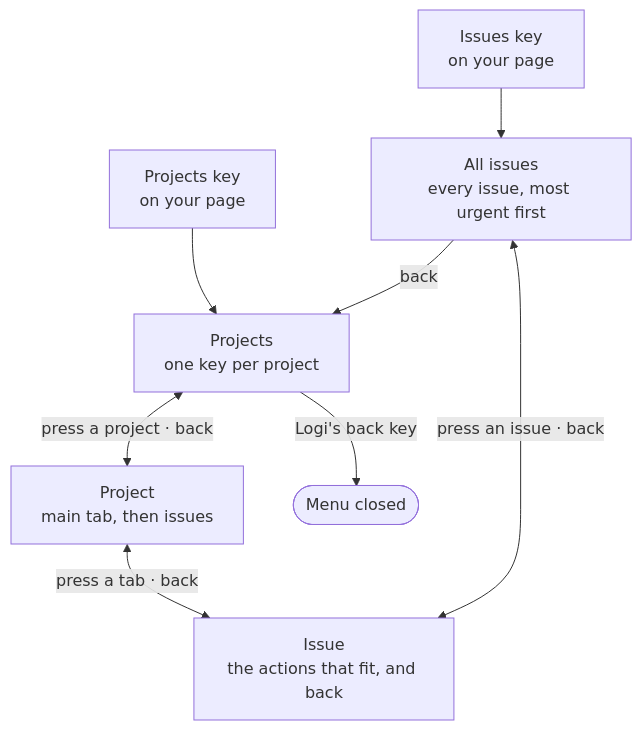
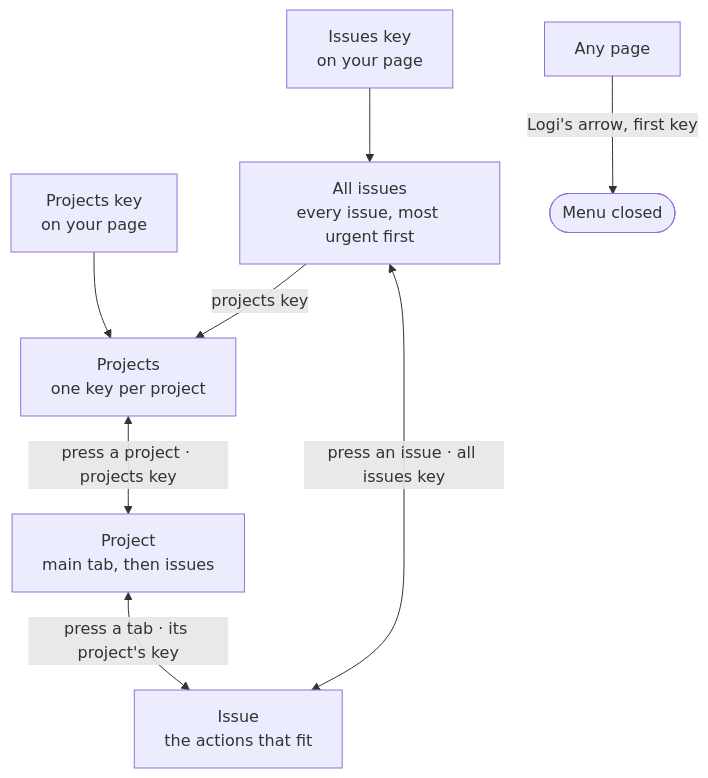
Before and after one commit to PieterLuypaert/helm: the first of 6 diagrams in docs/flows.md, drawn with Mermaid. The commit also changed other lines of this file and 5 other files, not shown here.

Commit message:
docs: Logi's arrow leaves the menu, the last key goes one level up

````diff
--- a/docs/flows.md
+++ b/docs/flows.md
@@ -50,10 +50,10 @@
 ```mermaid
 flowchart TD
     key["Projects key<br/>on your page"] --> projects["Projects<br/>one key per project"]
     allIssues["Issues key<br/>on your page"] --> overview["All issues<br/>every issue, most urgent first"]
-    overview -->|back| projects
-    projects <-->|"press a project · back"| project["Project<br/>main tab, then issues"]
-    overview <-->|"press an issue · back"| issue["Issue<br/>the actions that fit, and back"]
-    project <-->|"press a tab · back"| issue
-    projects -->|"Logi's back key"| closed(["Menu closed"])
+    overview -->|"projects key"| projects
+    projects <-->|"press a project · projects key"| project["Project<br/>main tab, then issues"]
+    overview <-->|"press an issue · all issues key"| issue["Issue<br/>the actions that fit"]
+    project <-->|"press a tab · its project's key"| issue
+    menu["Any page"] -->|"Logi's arrow, first key"| closed(["Menu closed"])
 ```
````
